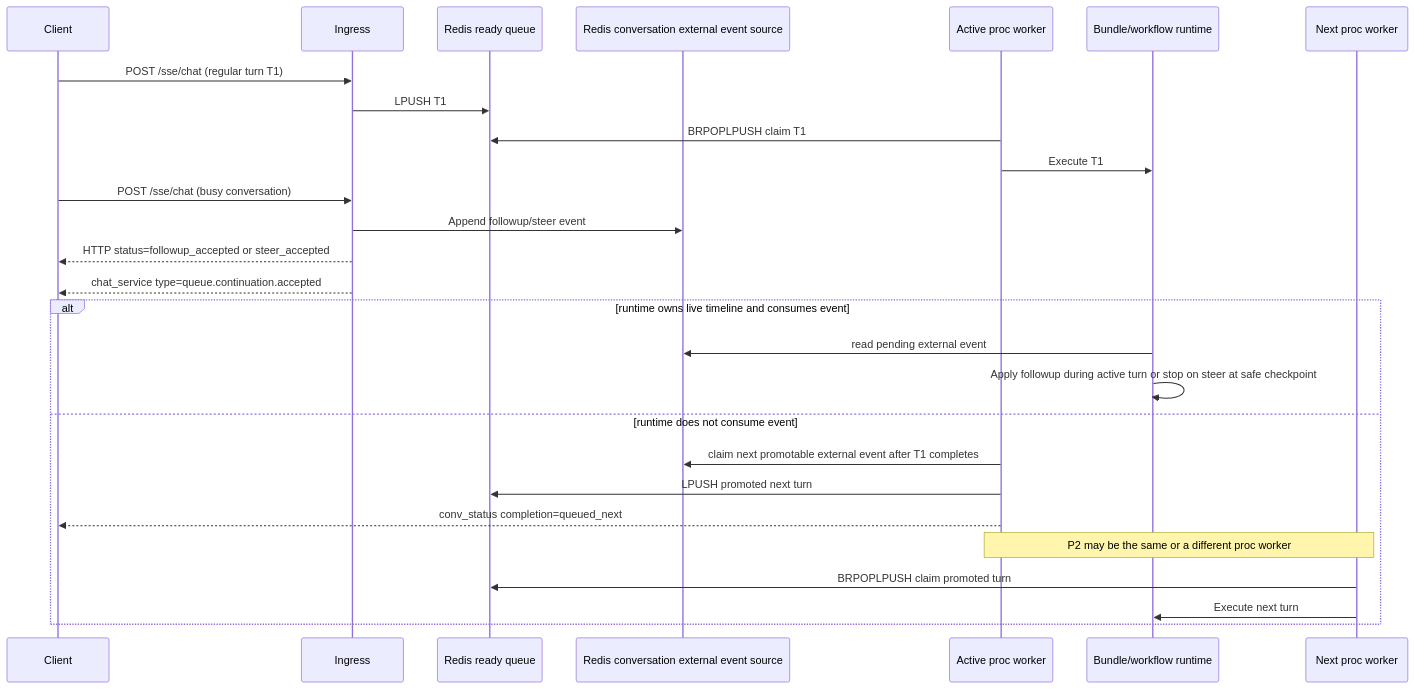
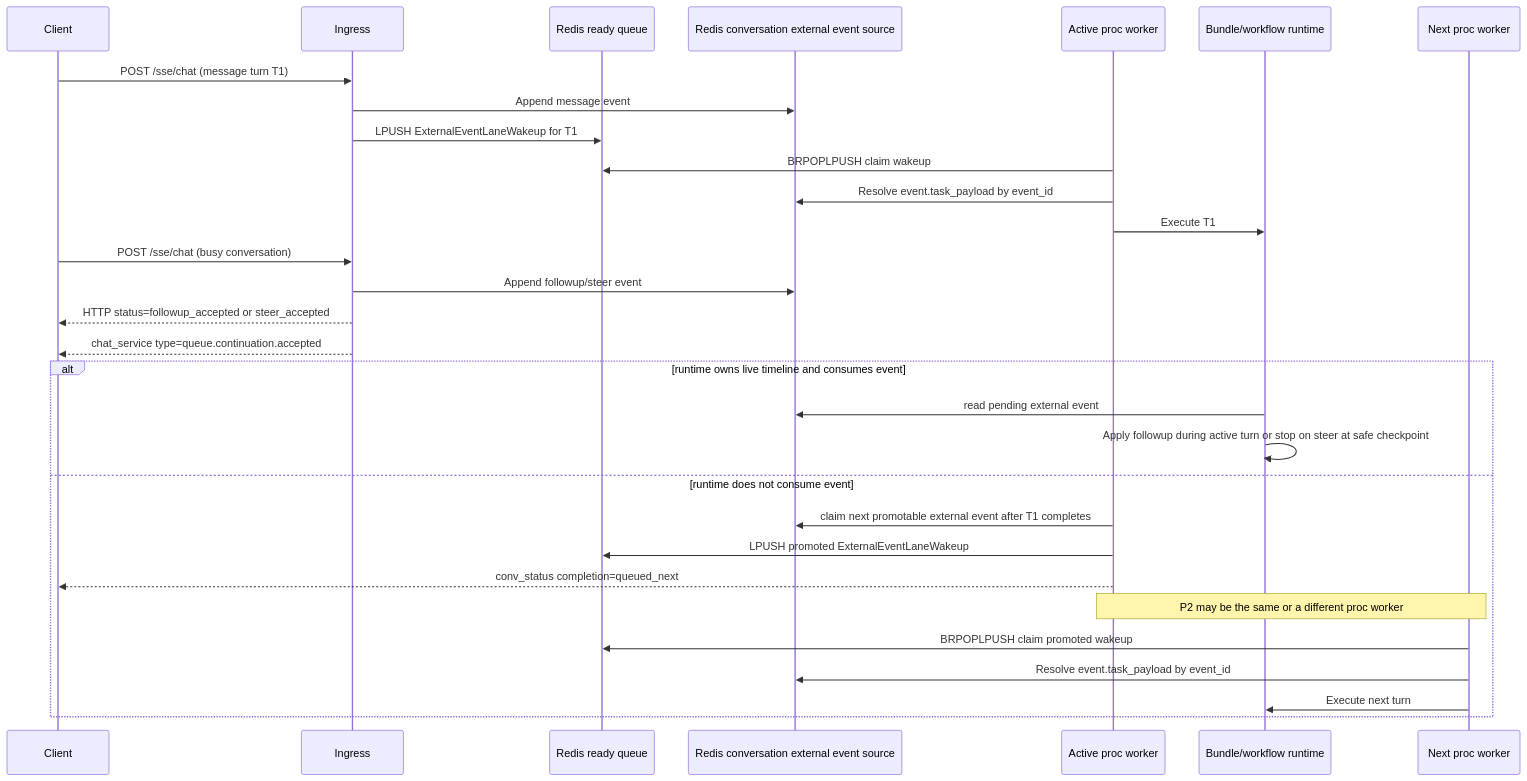
One commit to kdcube/kdcube-ai-app changed the second of 3 diagrams in app/ai-app/docs/arch/proc/processor-arch-README.md. Above: the diagram before and after it, drawn with Mermaid. The commit also changed other lines of this file and 61 other files, not shown here.

````diff
--- a/app/ai-app/docs/arch/proc/processor-arch-README.md
+++ b/app/ai-app/docs/arch/proc/processor-arch-README.md
@@ -309,32 +339,35 @@
 ```mermaid
 sequenceDiagram
     participant C as Client
     participant I as Ingress
     participant Q as Redis ready queue
     participant M as Redis conversation external event source
     participant P1 as Active proc worker
     participant R as Bundle/workflow runtime
     participant P2 as Next proc worker
 
-    C->>I: POST /sse/chat (regular turn T1)
-    I->>Q: LPUSH T1
-    P1->>Q: BRPOPLPUSH claim T1
+    C->>I: POST /sse/chat (message turn T1)
+    I->>M: Append message event
+    I->>Q: LPUSH ExternalEventLaneWakeup for T1
+    P1->>Q: BRPOPLPUSH claim wakeup
+    P1->>M: Resolve event.task_payload by event_id
     P1->>R: Execute T1
 
     C->>I: POST /sse/chat (busy conversation)
     I->>M: Append followup/steer event
     I-->>C: HTTP status=followup_accepted or steer_accepted
     I-->>C: chat_service type=queue.continuation.accepted
 
     alt runtime owns live timeline and consumes event
         R->>M: read pending external event
         R->>R: Apply followup during active turn or stop on steer at safe checkpoint
     else runtime does not consume event
         P1->>M: claim next promotable external event after T1 completes
-        P1->>Q: LPUSH promoted next turn
+        P1->>Q: LPUSH promoted ExternalEventLaneWakeup
         P1-->>C: conv_status completion=queued_next
         Note over P1,P2: P2 may be the same or a different proc worker
-        P2->>Q: BRPOPLPUSH claim promoted turn
+        P2->>Q: BRPOPLPUSH claim promoted wakeup
+        P2->>M: Resolve event.task_payload by event_id
         P2->>R: Execute next turn
     end
 ```
````
